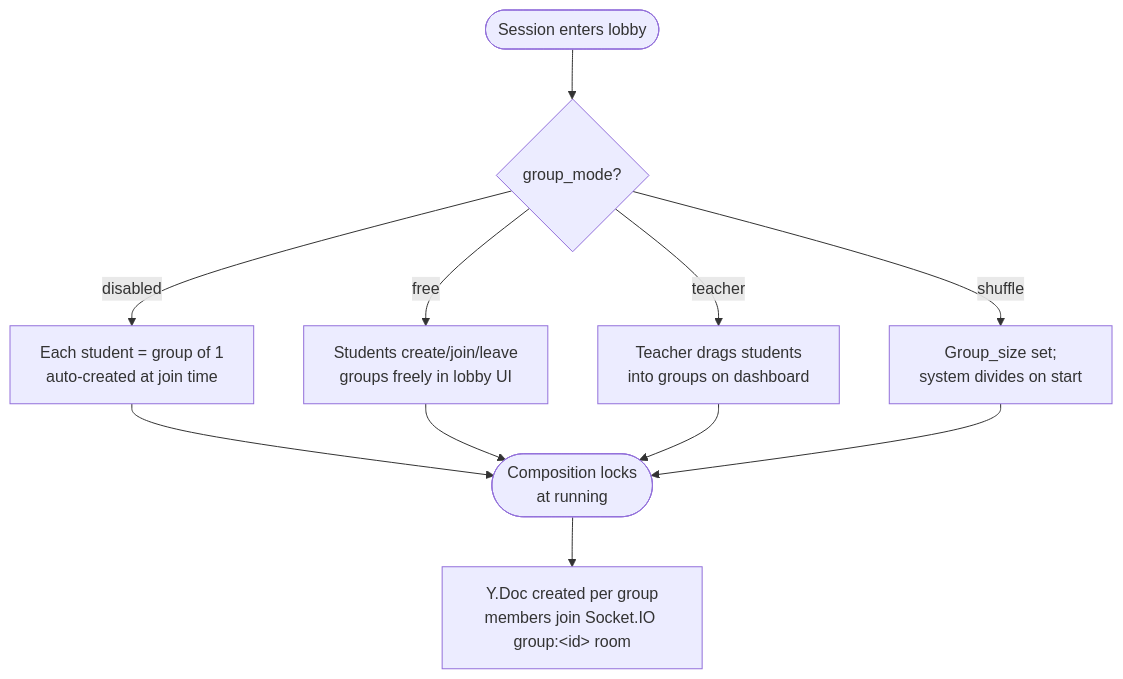
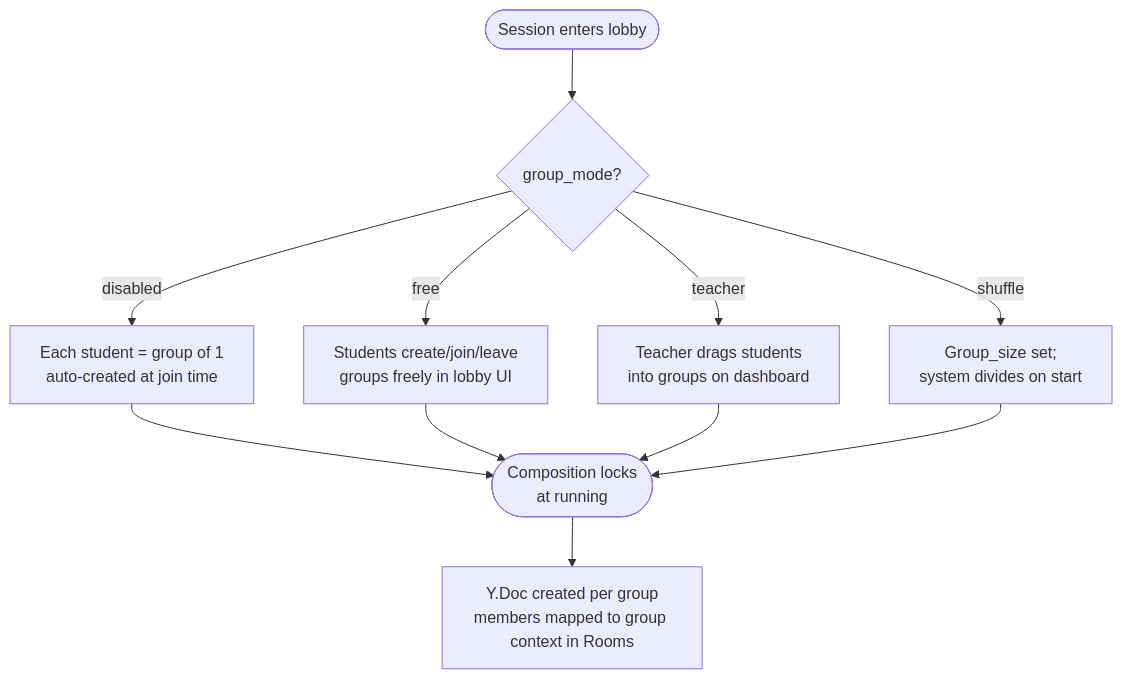
Before and after one commit to Eliezir/OfflineClass: the sixth of 7 diagrams in docs/architecture.md, drawn with Mermaid. The commit also changed other lines of this file and 3 other files, not shown here.

Commit message:
docs: update architectural and technical specs to match codebase implementation

````diff
--- a/docs/architecture.md
+++ b/docs/architecture.md
@@ -543,15 +519,15 @@
 ```mermaid
 graph TD
   Start([Session enters lobby]) --> Mode{group_mode?}
   Mode -->|disabled| Solo[Each student = group of 1<br/>auto-created at join time]
   Mode -->|free| Free[Students create/join/leave<br/>groups freely in lobby UI]
   Mode -->|teacher| Teacher[Teacher drags students<br/>into groups on dashboard]
   Mode -->|shuffle| Shuffle[Group_size set;<br/>system divides on start]
 
   Solo --> Lock([Composition locks<br/>at running])
   Free --> Lock
   Teacher --> Lock
   Shuffle --> Lock
 
-  Lock --> Collab[Y.Doc created per group<br/>members join Socket.IO group:&lt;id&gt; room]
+  Lock --> Collab[Y.Doc created per group<br/>members mapped to group context in Rooms]
 ```
````
